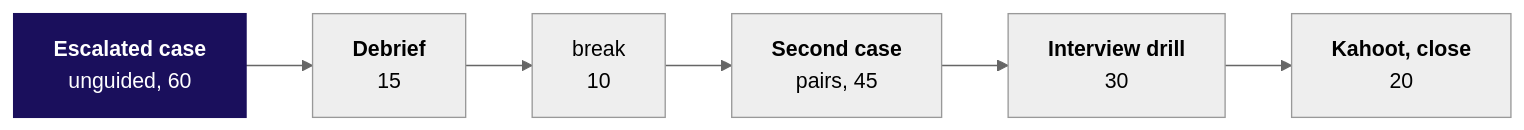
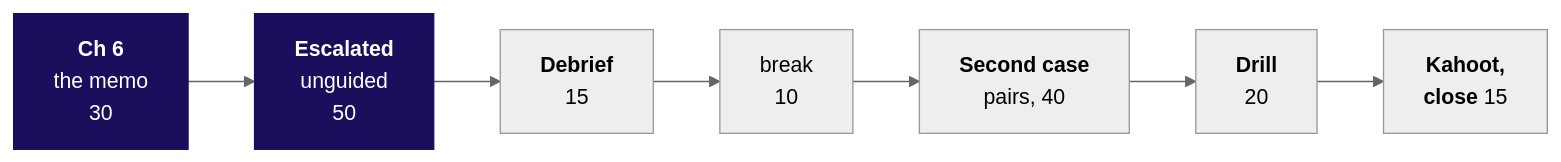
Before and after one commit to fde-academy-lab/c2-content-factory: the second of 2 diagrams in content/W01/D2/trainer/C2_W01_D02_day_sheet_TRAINER.md, drawn with Mermaid (neutral theme). The commit also changed other lines of this file and 9 other files, not shown here.

````diff
--- a/content/W01/D2/trainer/C2_W01_D02_day_sheet_TRAINER.md
+++ b/content/W01/D2/trainer/C2_W01_D02_day_sheet_TRAINER.md
@@ -41,6 +48,6 @@
 ```mermaid
 flowchart LR
-    E["<b>Escalated case</b><br/>unguided, 60"] --> D["<b>Debrief</b><br/>15"] --> B["break<br/>10"] --> S["<b>Second case</b><br/>pairs, 45"] --> I["<b>Interview drill</b><br/>30"] --> K["<b>Kahoot, close</b><br/>20"]
+    C6["<b>Ch 6</b><br/>the memo<br/>30"] --> E["<b>Escalated</b><br/>unguided<br/>50"] --> D["<b>Debrief</b><br/>15"] --> B["break<br/>10"] --> S["<b>Second case</b><br/>pairs, 40"] --> I["<b>Drill</b><br/>20"] --> K["<b>Kahoot,<br/>close</b> 15"]
     classDef core fill:#1A0F5C,stroke:#1A0F5C,color:#FFFFFF
-    class E core
+    class C6,E core
 ```
````
